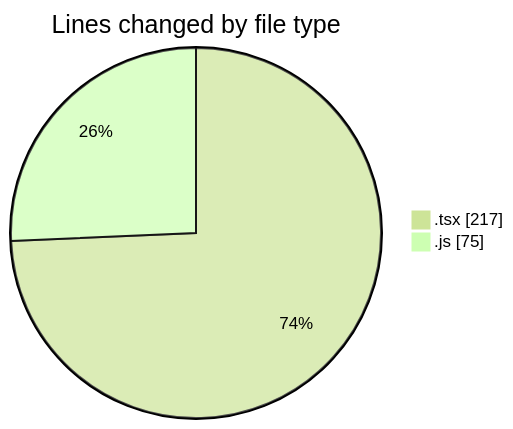
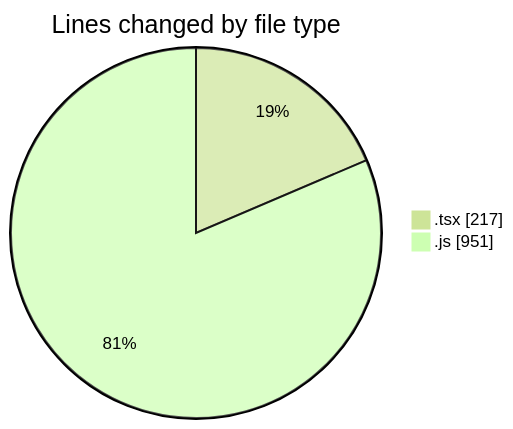
The first of 2 diagrams in 2026-04-09/cda/README.md (momahboobian/code-tracking), drawn with Mermaid (forest theme) before and after one commit. The commit also changed other lines of this file and 1 other file, not shown here.

````diff
--- a/2026-04-09/cda/README.md
+++ b/2026-04-09/cda/README.md
@@ -21,6 +23,6 @@
 ```mermaid
 pie showData
 title Lines changed by file type
 ".tsx" : 217
-".js" : 75
+".js" : 951
 ```
````
